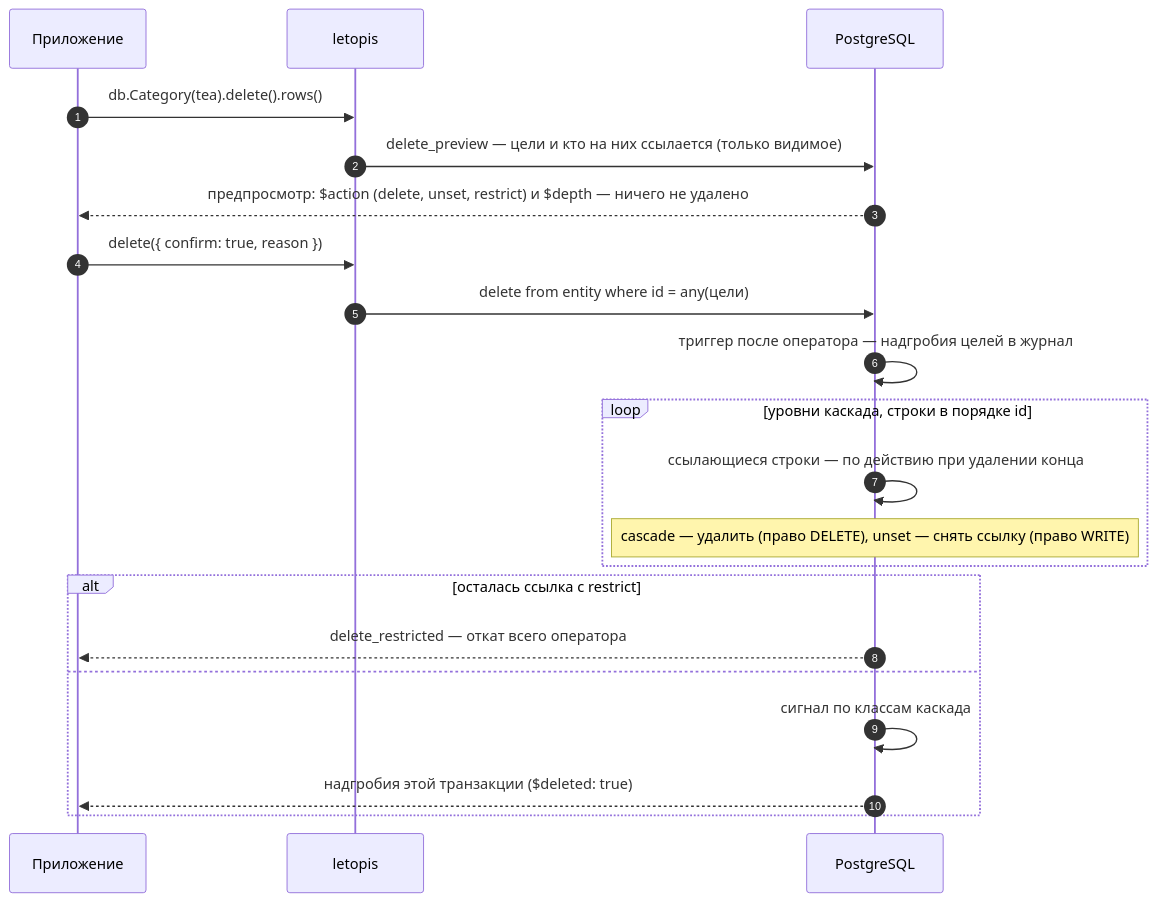
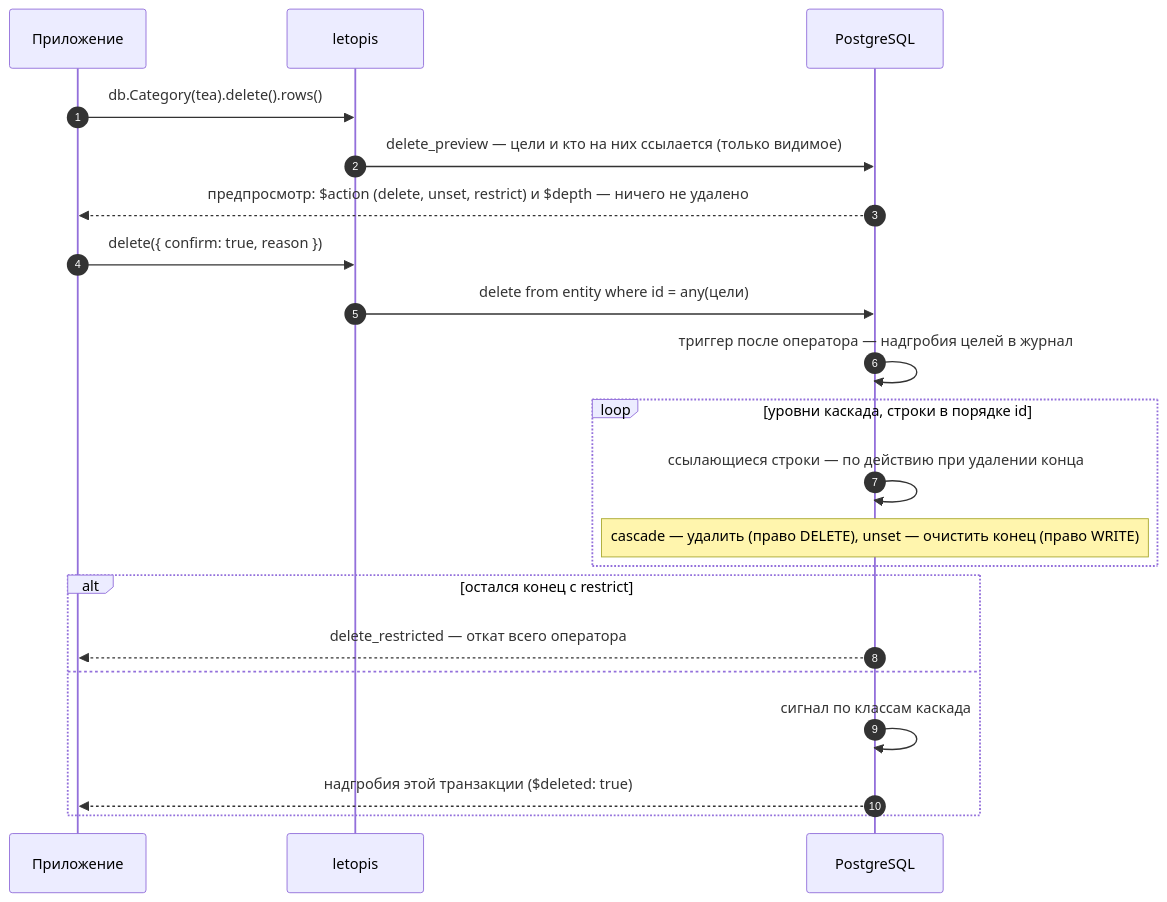
One commit to alepri51/letopis changed the diagram in guide/pages/delete/index.md. Above: the diagram before and after it, drawn with Mermaid. The commit also changed other lines of this file and 97 other files, not shown here.

````diff
--- a/guide/pages/delete/index.md
+++ b/guide/pages/delete/index.md
@@ -19,23 +19,23 @@
 ```mermaid
 sequenceDiagram
   autonumber
   participant App as Приложение
   participant Lib as letopis
   participant DB as PostgreSQL
   App->>Lib: db.Category(tea).delete().rows()
   Lib->>DB: delete_preview — цели и кто на них ссылается (только видимое)
   DB-->>App: предпросмотр: $action (delete, unset, restrict) и $depth — ничего не удалено
   App->>Lib: delete({ confirm: true, reason })
   Lib->>DB: delete from entity where id = any(цели)
   DB->>DB: триггер после оператора — надгробия целей в журнал
   loop уровни каскада, строки в порядке id
     DB->>DB: ссылающиеся строки — по действию при удалении конца
-    Note over DB: cascade — удалить (право DELETE), unset — снять ссылку (право WRITE)
+    Note over DB: cascade — удалить (право DELETE), unset — очистить конец (право WRITE)
   end
-  alt осталась ссылка с restrict
+  alt остался конец с restrict
     DB-->>App: delete_restricted — откат всего оператора
   else
     DB->>DB: сигнал по классам каскада
     DB-->>App: надгробия этой транзакции ($deleted: true)
   end
 ```
````
